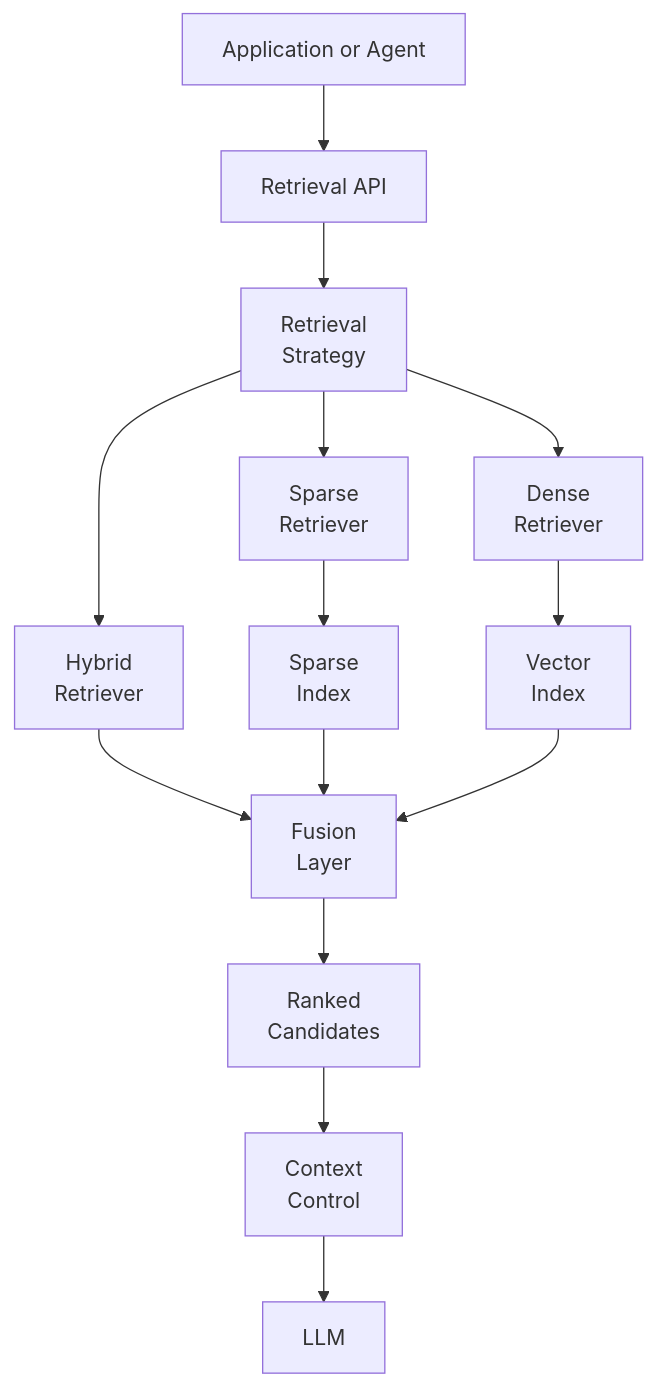
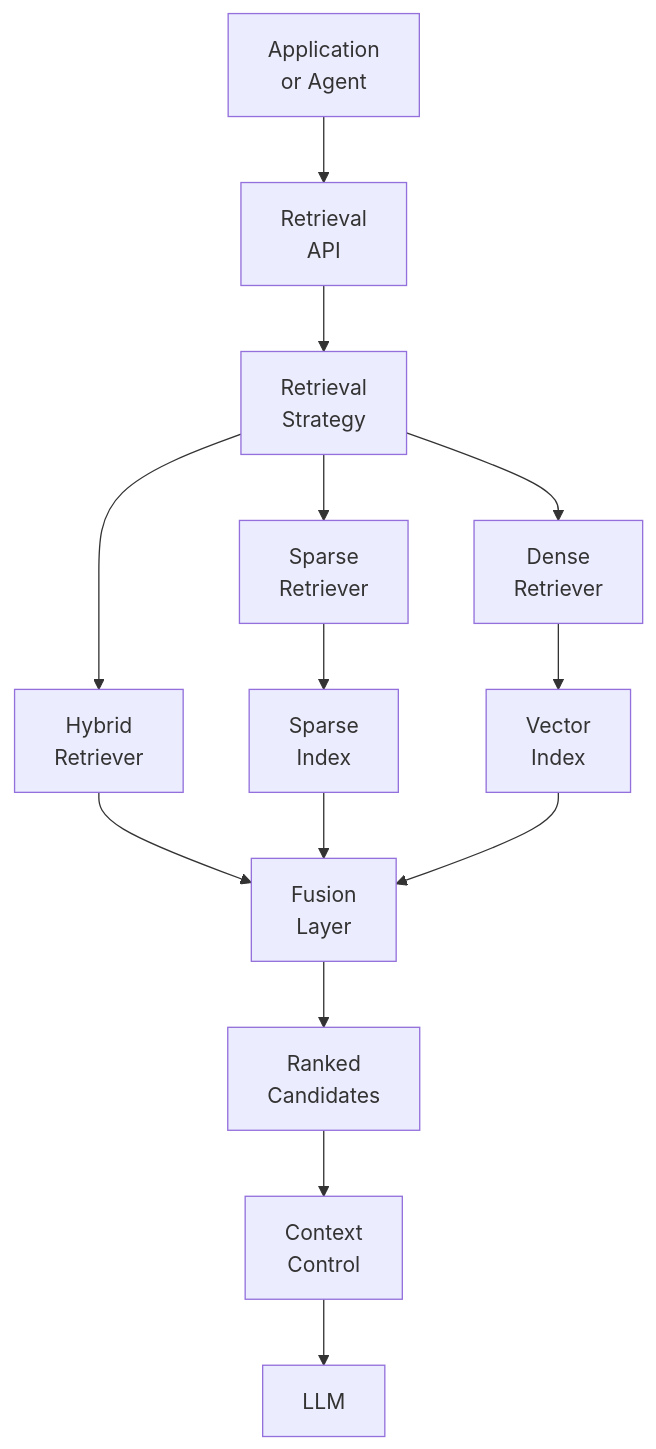
Before and after one commit to MihirKJha/enterprise-ai-blog: diagram 12 of 14 in docs/architecture-insights/genai-and-rag/3.4_engineering_hybrid_retrieval_sparse_dense.md, drawn with Mermaid.

Commit message:
updated notes
updated notes

````diff
--- a/docs/architecture-insights/genai-and-rag/3.4_engineering_hybrid_retrieval_sparse_dense.md
+++ b/docs/architecture-insights/genai-and-rag/3.4_engineering_hybrid_retrieval_sparse_dense.md
@@ -446,16 +446,16 @@
 ```mermaid
 graph TD
-    A[Application or Agent] --> API[Retrieval API]
+    A[Application<br/>or Agent] --> API[Retrieval<br/>API]
     API --> RS[Retrieval<br/>Strategy]
     RS --> S[Sparse<br/>Retriever]
     RS --> D[Dense<br/>Retriever]
     RS --> H[Hybrid<br/>Retriever]
     S --> SI[Sparse<br/>Index]
     D --> VI[Vector<br/>Index]
     H --> F[Fusion<br/>Layer]
     SI --> F
     VI --> F
     F --> RC[Ranked<br/>Candidates]
     RC --> CC[Context<br/>Control]
     CC --> L[LLM]
 ```
````
